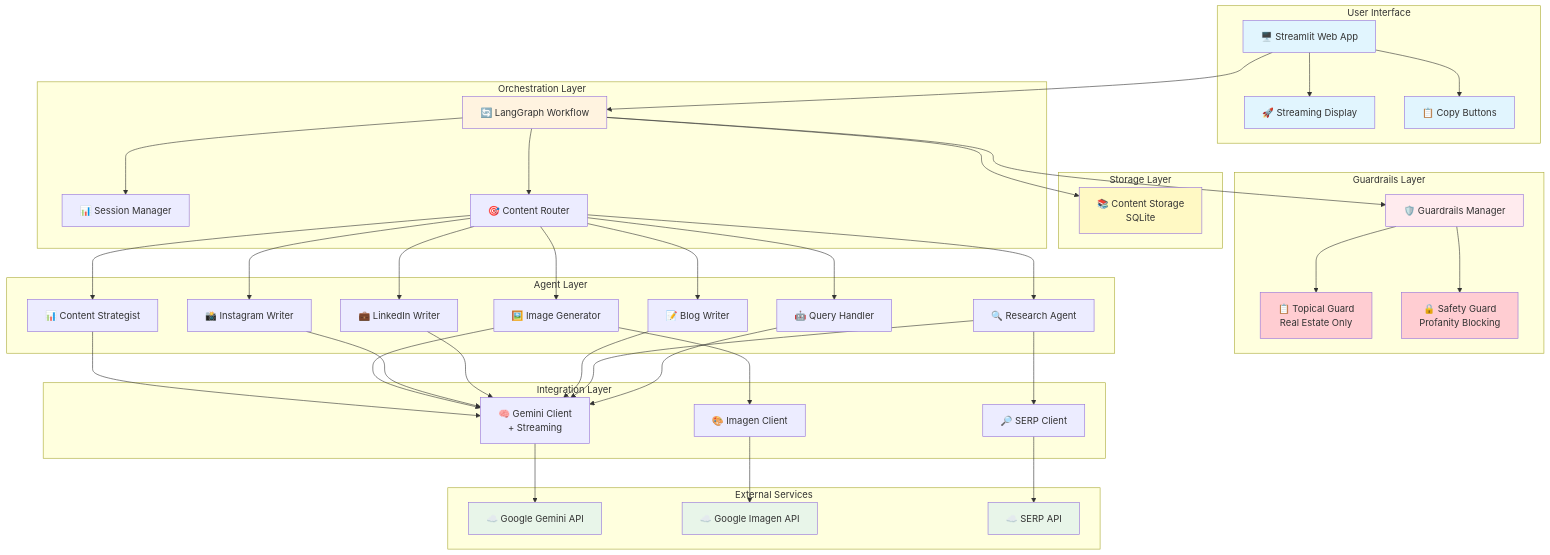
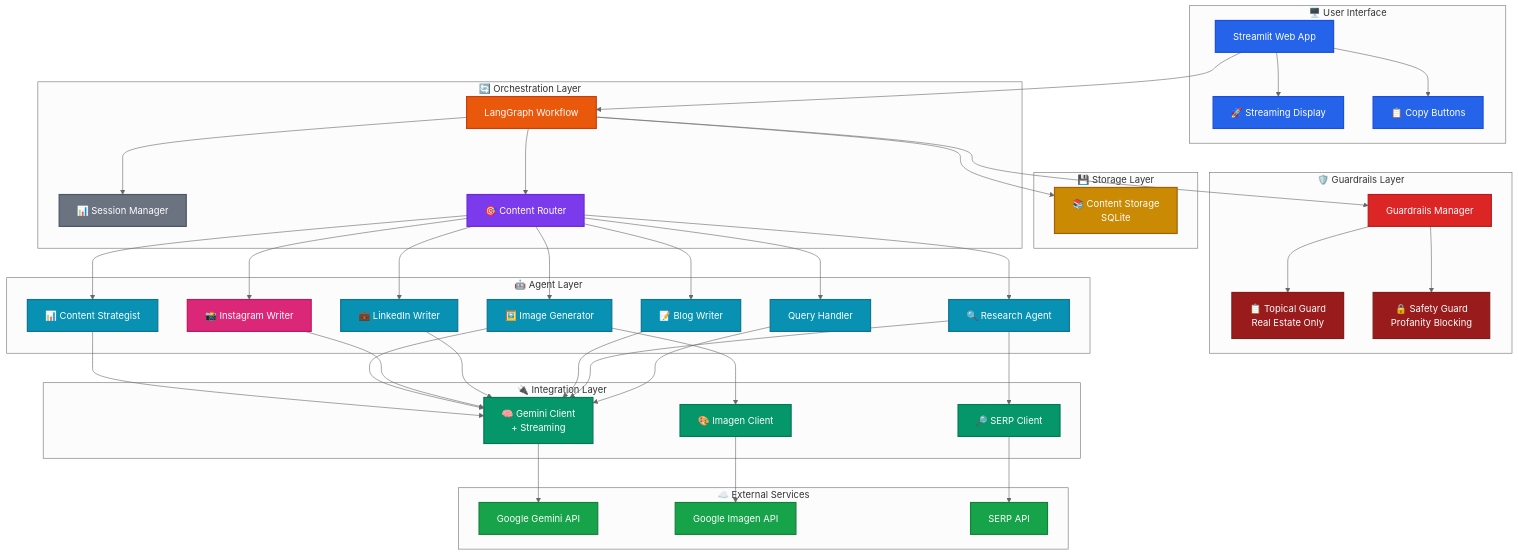
Before and after one commit to jayanthanantharaman/reach: the first of 2 diagrams in README.md, drawn with Mermaid. The commit also changed 2 other files, not shown here.

Commit message:
REACH - Update mermaid diagrams

````diff
--- a/README.md
+++ b/README.md
@@ -33,29 +33,30 @@
 ```mermaid
+%%{init: {'theme': 'neutral'}}%%
 graph TB
-    subgraph "User Interface"
-        UI[🖥️ Streamlit Web App]
+    subgraph UI_LAYER["🖥️ User Interface"]
+        UI[Streamlit Web App]
         STREAM[🚀 Streaming Display]
         COPY[📋 Copy Buttons]
     end
 
-    subgraph "Orchestration Layer"
-        WF[🔄 LangGraph Workflow]
+    subgraph ORCH_LAYER["🔄 Orchestration Layer"]
+        WF[LangGraph Workflow]
         SM[📊 Session Manager]
         RT[🎯 Content Router]
     end
 
-    subgraph "Storage Layer"
+    subgraph STORAGE_LAYER["💾 Storage Layer"]
         CS[📚 Content Storage<br/>SQLite]
     end
 
-    subgraph "Guardrails Layer"
-        GR[🛡️ Guardrails Manager]
+    subgraph GUARD_LAYER["🛡️ Guardrails Layer"]
+        GR[Guardrails Manager]
         TG[📋 Topical Guard<br/>Real Estate Only]
         SG[🔒 Safety Guard<br/>Profanity Blocking]
     end
 
-    subgraph "Agent Layer"
-        QH[🤖 Query Handler]
+    subgraph AGENT_LAYER["🤖 Agent Layer"]
+        QH[Query Handler]
         RA[🔍 Research Agent]
         BW[📝 Blog Writer]
         LW[💼 LinkedIn Writer]
@@ -64,16 +65,16 @@
         CST[📊 Content Strategist]
     end
 
-    subgraph "Integration Layer"
+    subgraph INT_LAYER["🔌 Integration Layer"]
         GC[🧠 Gemini Client<br/>+ Streaming]
         IC[🎨 Imagen Client]
         SC[🔎 SERP Client]
     end
 
-    subgraph "External Services"
-        GEMINI[☁️ Google Gemini API]
-        IMAGEN[☁️ Google Imagen API]
-        SERP[☁️ SERP API]
+    subgraph EXT_LAYER["☁️ External Services"]
+        GEMINI[Google Gemini API]
+        IMAGEN[Google Imagen API]
+        SERP[SERP API]
     end
 
     UI --> WF
@@ -109,15 +110,27 @@
     IC --> IMAGEN
     SC --> SERP
 
-    style UI fill:#e1f5fe
-    style STREAM fill:#e1f5fe
-    style COPY fill:#e1f5fe
-    style CS fill:#fff9c4
-    style WF fill:#fff3e0
-    style GR fill:#ffebee
-    style TG fill:#ffcdd2
-    style SG fill:#ffcdd2
-    style GEMINI fill:#e8f5e9
-    style IMAGEN fill:#e8f5e9
-    style SERP fill:#e8f5e9
+    style UI fill:#2563eb,stroke:#1d4ed8,stroke-width:2px,color:#fff
+    style STREAM fill:#2563eb,stroke:#1d4ed8,stroke-width:2px,color:#fff
+    style COPY fill:#2563eb,stroke:#1d4ed8,stroke-width:2px,color:#fff
+    style CS fill:#ca8a04,stroke:#a16207,stroke-width:2px,color:#fff
+    style WF fill:#ea580c,stroke:#c2410c,stroke-width:2px,color:#fff
+    style SM fill:#6b7280,stroke:#4b5563,stroke-width:2px,color:#fff
+    style RT fill:#7c3aed,stroke:#6d28d9,stroke-width:2px,color:#fff
+    style GR fill:#dc2626,stroke:#b91c1c,stroke-width:2px,color:#fff
+    style TG fill:#991b1b,stroke:#7f1d1d,stroke-width:2px,color:#fff
+    style SG fill:#991b1b,stroke:#7f1d1d,stroke-width:2px,color:#fff
+    style QH fill:#0891b2,stroke:#0e7490,stroke-width:2px,color:#fff
+    style RA fill:#0891b2,stroke:#0e7490,stroke-width:2px,color:#fff
+    style BW fill:#0891b2,stroke:#0e7490,stroke-width:2px,color:#fff
+    style LW fill:#0891b2,stroke:#0e7490,stroke-width:2px,color:#fff
+    style IW fill:#db2777,stroke:#be185d,stroke-width:2px,color:#fff
+    style IG fill:#0891b2,stroke:#0e7490,stroke-width:2px,color:#fff
+    style CST fill:#0891b2,stroke:#0e7490,stroke-width:2px,color:#fff
+    style GC fill:#059669,stroke:#047857,stroke-width:2px,color:#fff
+    style IC fill:#059669,stroke:#047857,stroke-width:2px,color:#fff
+    style SC fill:#059669,stroke:#047857,stroke-width:2px,color:#fff
+    style GEMINI fill:#16a34a,stroke:#15803d,stroke-width:2px,color:#fff
+    style IMAGEN fill:#16a34a,stroke:#15803d,stroke-width:2px,color:#fff
+    style SERP fill:#16a34a,stroke:#15803d,stroke-width:2px,color:#fff
 ```
````
